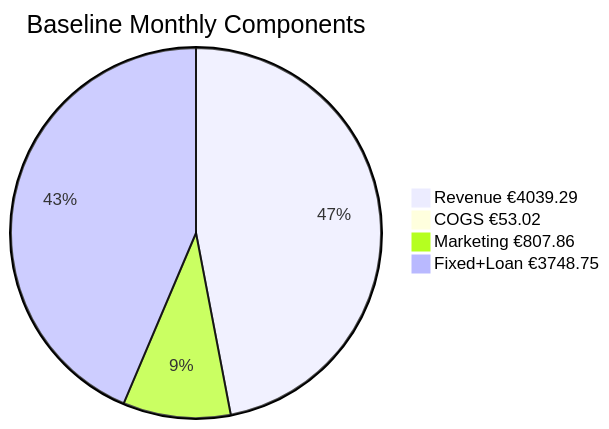
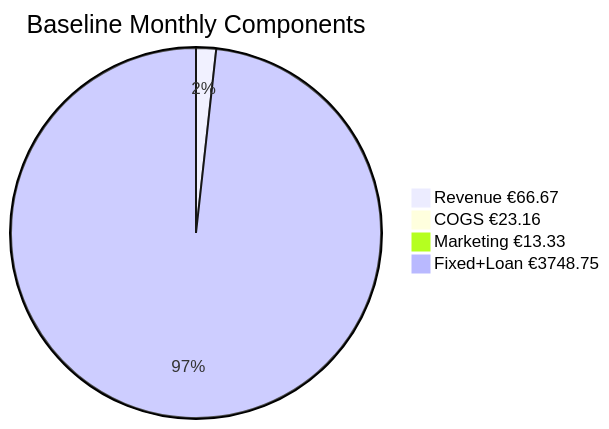
Before and after one commit to veighnsche/llama-orch: the second of 2 diagrams in .business/financieelplan_NL_nl/.002-draft/outputs/financial_plan.md, drawn with Mermaid. The commit also changed other lines of this file and 50 other files, not shown here.

````diff
--- a/.business/financieelplan_NL_nl/.002-draft/outputs/financial_plan.md
+++ b/.business/financieelplan_NL_nl/.002-draft/outputs/financial_plan.md
@@ -156,7 +145,7 @@
 ```mermaid
 pie title Baseline Monthly Components
-  "Revenue €4039.29" : 4039.29
-  "COGS €53.02" : 53.02
-  "Marketing €807.86" : 807.86
+  "Revenue €66.67" : 66.67
+  "COGS €23.16" : 23.16
+  "Marketing €13.33" : 13.33
   "Fixed+Loan €3748.75" : 3748.75
 ```
````
